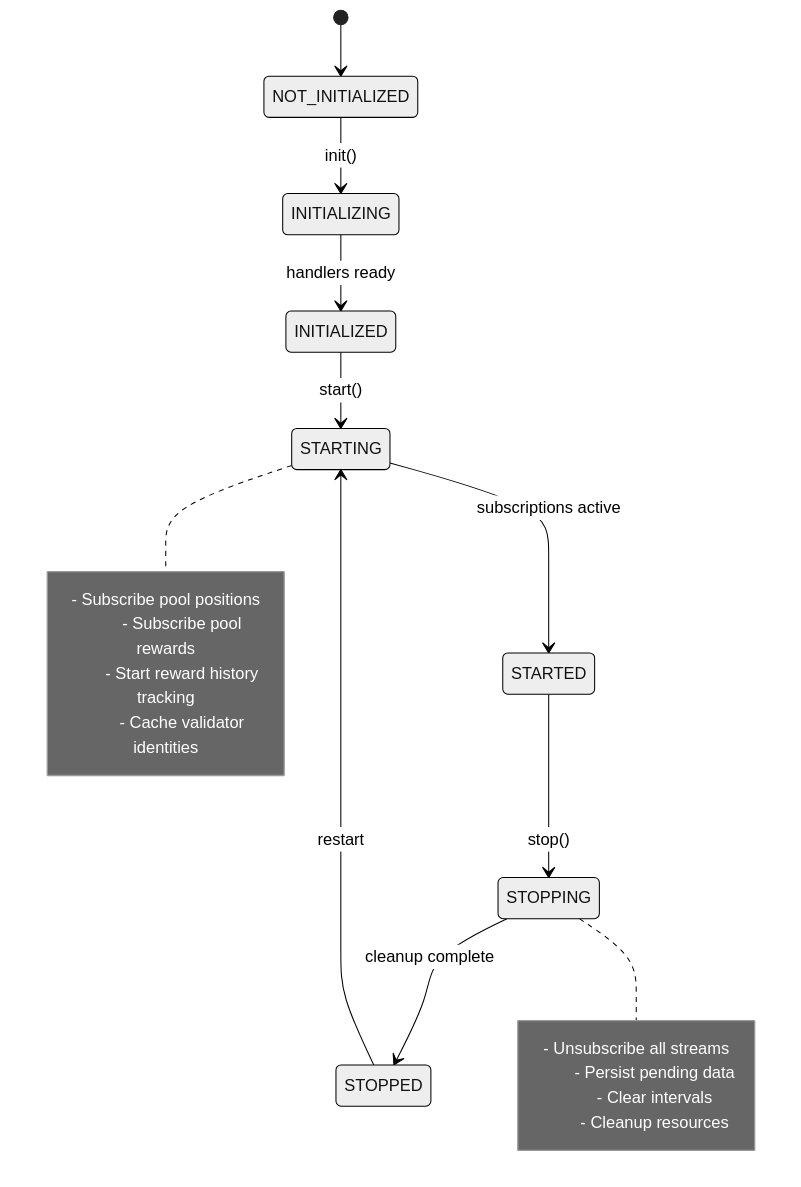
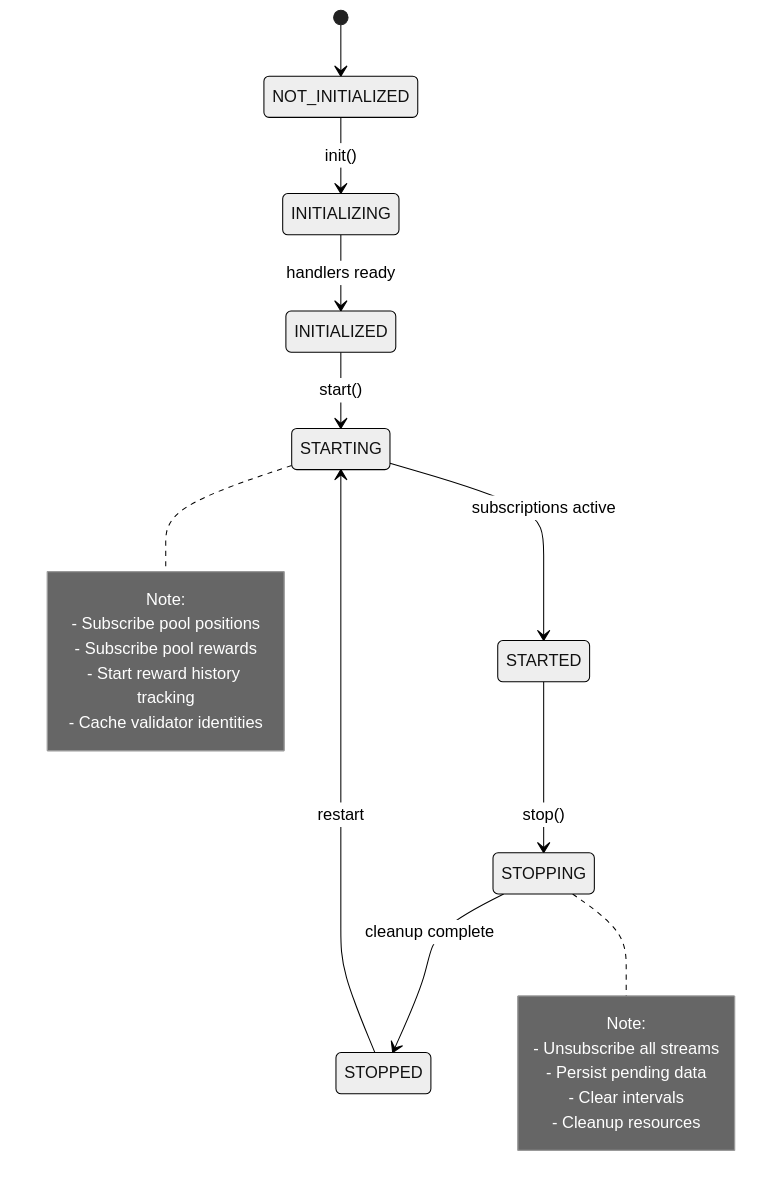
One commit to Koniverse/SubWallet-Extension changed the sixth of 6 diagrams in packages/extension-base/src/services/earning-service/README.md. Above: the diagram before and after it, drawn with Mermaid (neutral theme). The commit also changed other lines of this file, not shown here.

Commit message:
[DOCS] [Earning] Update some logic flow

````diff
--- a/packages/extension-base/src/services/earning-service/README.md
+++ b/packages/extension-base/src/services/earning-service/README.md
@@ -541,25 +541,28 @@
 ```mermaid
 stateDiagram-v2
-    [*] --> NOT_INITIALIZED
-    NOT_INITIALIZED --> INITIALIZING: init()
-    INITIALIZING --> INITIALIZED: handlers ready
-    INITIALIZED --> STARTING: start()
-    STARTING --> STARTED: subscriptions active
-    STARTED --> STOPPING: stop()
-    STOPPING --> STOPPED: cleanup complete
-    STOPPED --> STARTING: restart
+   [*] --> NOT_INITIALIZED
+   NOT_INITIALIZED --> INITIALIZING: init()
+   INITIALIZING --> INITIALIZED: handlers ready
+   INITIALIZED --> STARTING: start()
+   STARTING --> STARTED: subscriptions active
+   STARTED --> STOPPING: stop()
+   STOPPING --> STOPPED: cleanup complete
+   STOPPED --> STARTING: restart
     
-    note right of STARTING
-        - Subscribe pool positions
-        - Subscribe pool rewards
-        - Start reward history tracking
-        - Cache validator identities
-    end note
+   note right of STARTING 
+      Note:
+      - Subscribe pool positions
+      - Subscribe pool rewards
+      - Start reward history tracking
+      - Cache validator identities
+   end note
     
-    note right of STOPPING
-        - Unsubscribe all streams
-        - Persist pending data
-        - Clear intervals
-        - Cleanup resources
-    end note
+   note right of STOPPING 
+      Note:
+      - Unsubscribe all streams
+      - Persist pending data
+      - Clear intervals
+      - Cleanup resources
+
+   end note
 ```
````
